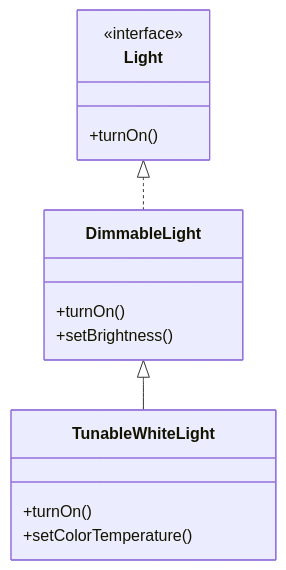
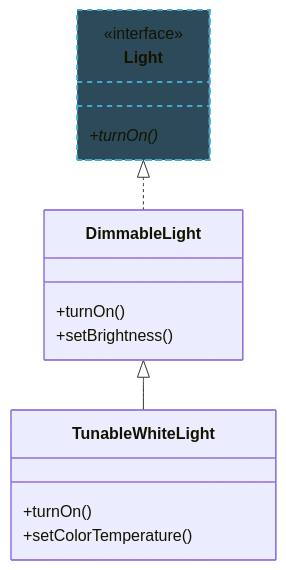
Before and after one commit to neu-pdi/cs3100-public-resources: diagram 13 of 22 in lecture-slides-spertus/l2-inheritance-polymorphism.mdx, drawn with Mermaid. The commit also changed other lines of this file and 4 other files, not shown here.

````diff
--- a/lecture-slides-spertus/l2-inheritance-polymorphism.mdx
+++ b/lecture-slides-spertus/l2-inheritance-polymorphism.mdx
@@ -1215,17 +1539,18 @@
 ```mermaid
 classDiagram
     class Light {
         <<interface>>
-        +turnOn()
+        +turnOn()*
     }
     class DimmableLight {
         +turnOn()
         +setBrightness()
     }
     class TunableWhiteLight {
         +turnOn()
         +setColorTemperature()
     }
     Light <|.. DimmableLight
     DimmableLight <|-- TunableWhiteLight
+    style Light fill:#2d4a5a,stroke:#4ac,stroke-width:2px,stroke-dasharray: 5 5
 ```
````
